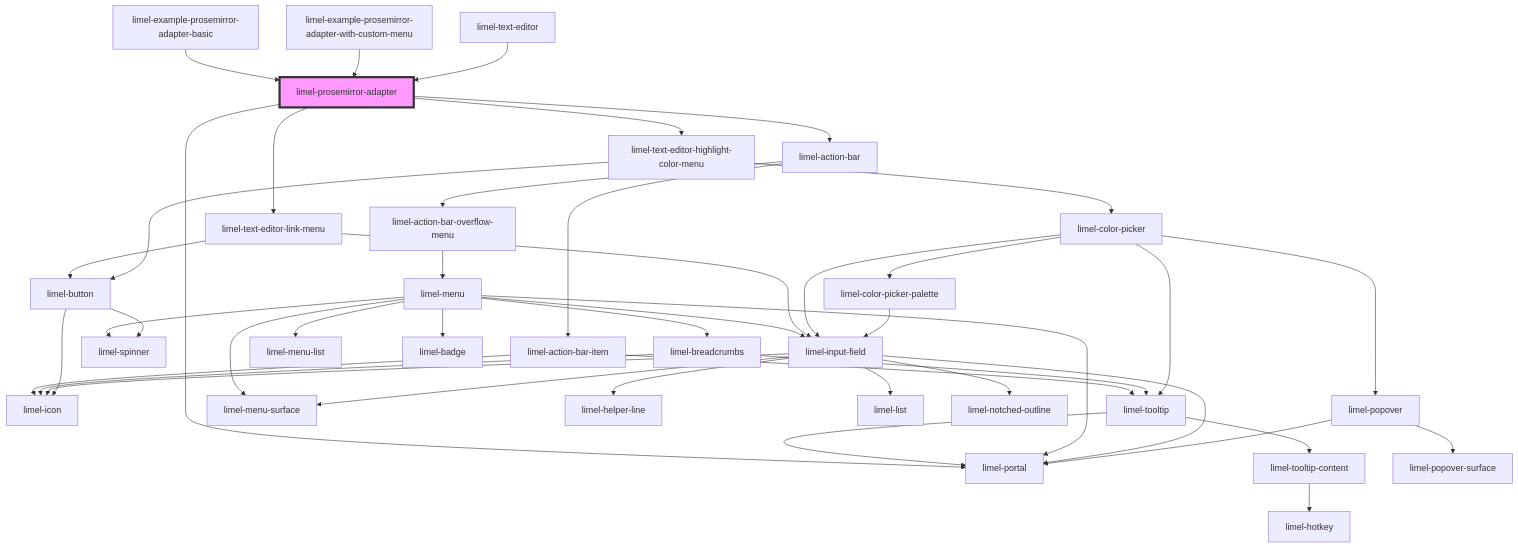
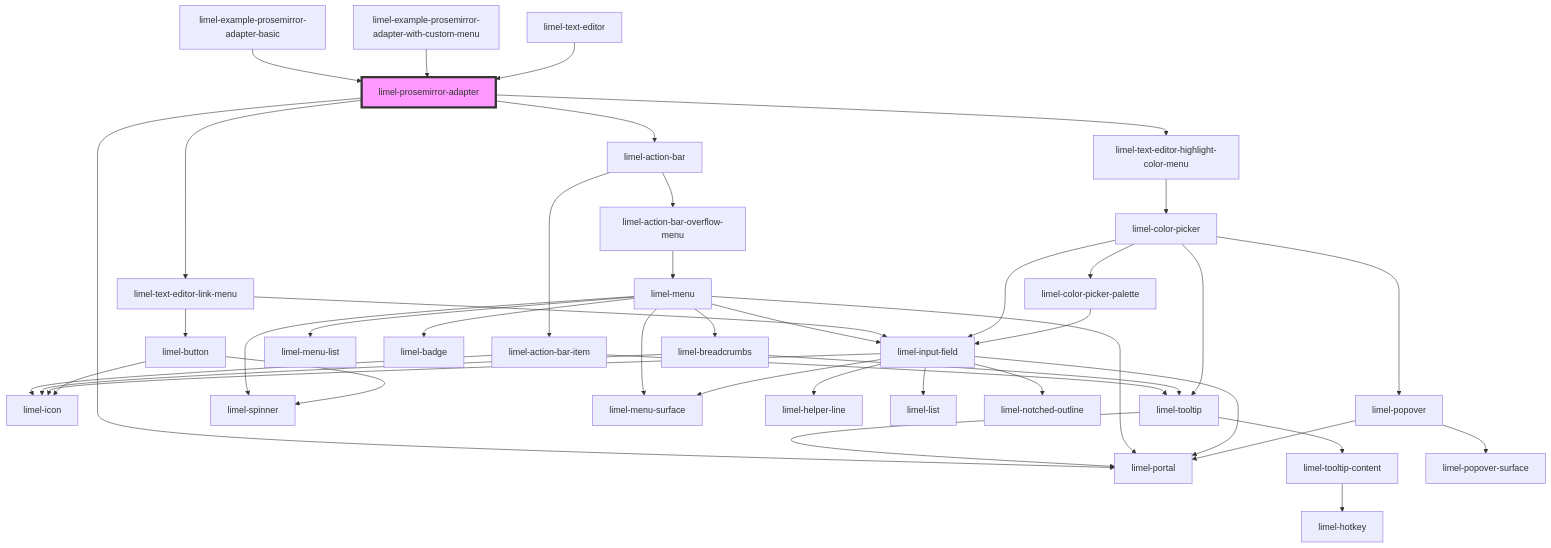
One commit to Lundalogik/lime-elements changed the diagram in versions/PR-3689/markdown-docs/components/text-editor/prosemirror-adapter/readme.md. Above: the diagram before and after it, drawn with Mermaid. The commit also changed 568 other files, not shown here.

````diff
--- a/versions/PR-3689/markdown-docs/components/text-editor/prosemirror-adapter/readme.md
+++ b/versions/PR-3689/markdown-docs/components/text-editor/prosemirror-adapter/readme.md
@@ -86,47 +86,46 @@
 ```mermaid
 graph TD;
   limel-prosemirror-adapter --> limel-action-bar
   limel-prosemirror-adapter --> limel-portal
   limel-prosemirror-adapter --> limel-text-editor-link-menu
   limel-prosemirror-adapter --> limel-text-editor-highlight-color-menu
   limel-action-bar --> limel-action-bar-item
   limel-action-bar --> limel-action-bar-overflow-menu
   limel-action-bar-item --> limel-icon
   limel-action-bar-item --> limel-tooltip
   limel-tooltip --> limel-portal
   limel-tooltip --> limel-tooltip-content
   limel-tooltip-content --> limel-hotkey
   limel-action-bar-overflow-menu --> limel-menu
   limel-menu --> limel-spinner
   limel-menu --> limel-breadcrumbs
   limel-menu --> limel-input-field
   limel-menu --> limel-menu-list
   limel-menu --> limel-badge
   limel-menu --> limel-portal
   limel-menu --> limel-menu-surface
   limel-breadcrumbs --> limel-icon
   limel-breadcrumbs --> limel-tooltip
   limel-input-field --> limel-helper-line
   limel-input-field --> limel-icon
   limel-input-field --> limel-portal
   limel-input-field --> limel-menu-surface
   limel-input-field --> limel-list
   limel-input-field --> limel-notched-outline
   limel-text-editor-link-menu --> limel-input-field
   limel-text-editor-link-menu --> limel-button
   limel-button --> limel-icon
   limel-button --> limel-spinner
   limel-text-editor-highlight-color-menu --> limel-color-picker
-  limel-text-editor-highlight-color-menu --> limel-button
   limel-color-picker --> limel-tooltip
   limel-color-picker --> limel-popover
   limel-color-picker --> limel-color-picker-palette
   limel-color-picker --> limel-input-field
   limel-popover --> limel-portal
   limel-popover --> limel-popover-surface
   limel-color-picker-palette --> limel-input-field
   limel-example-prosemirror-adapter-basic --> limel-prosemirror-adapter
   limel-example-prosemirror-adapter-with-custom-menu --> limel-prosemirror-adapter
   limel-text-editor --> limel-prosemirror-adapter
   style limel-prosemirror-adapter fill:#f9f,stroke:#333,stroke-width:4px
 ```
````
